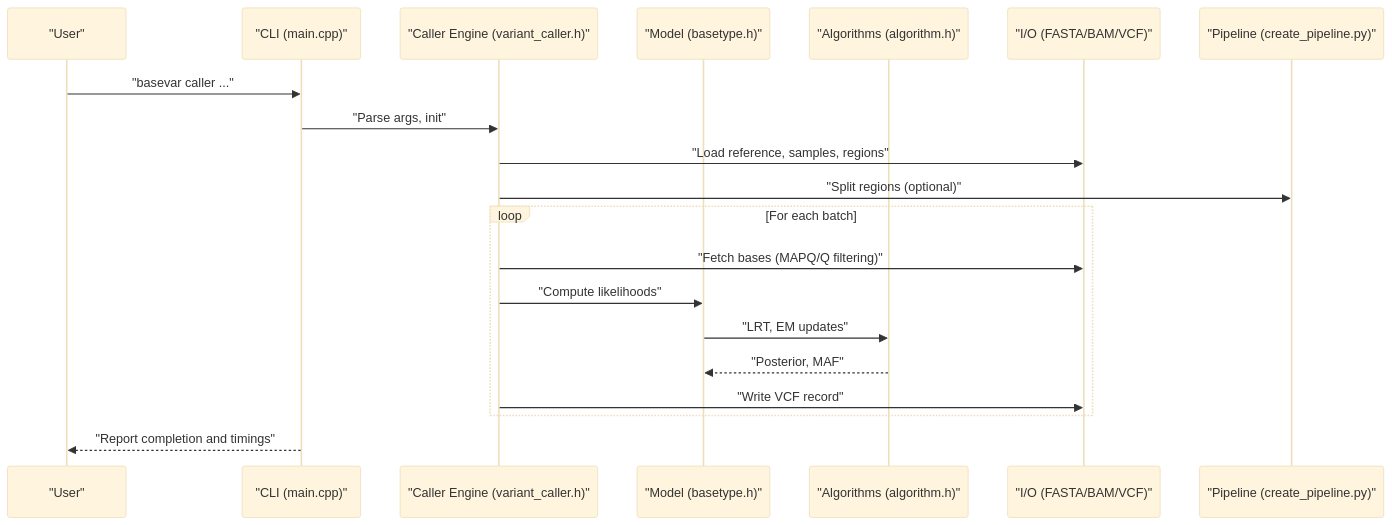
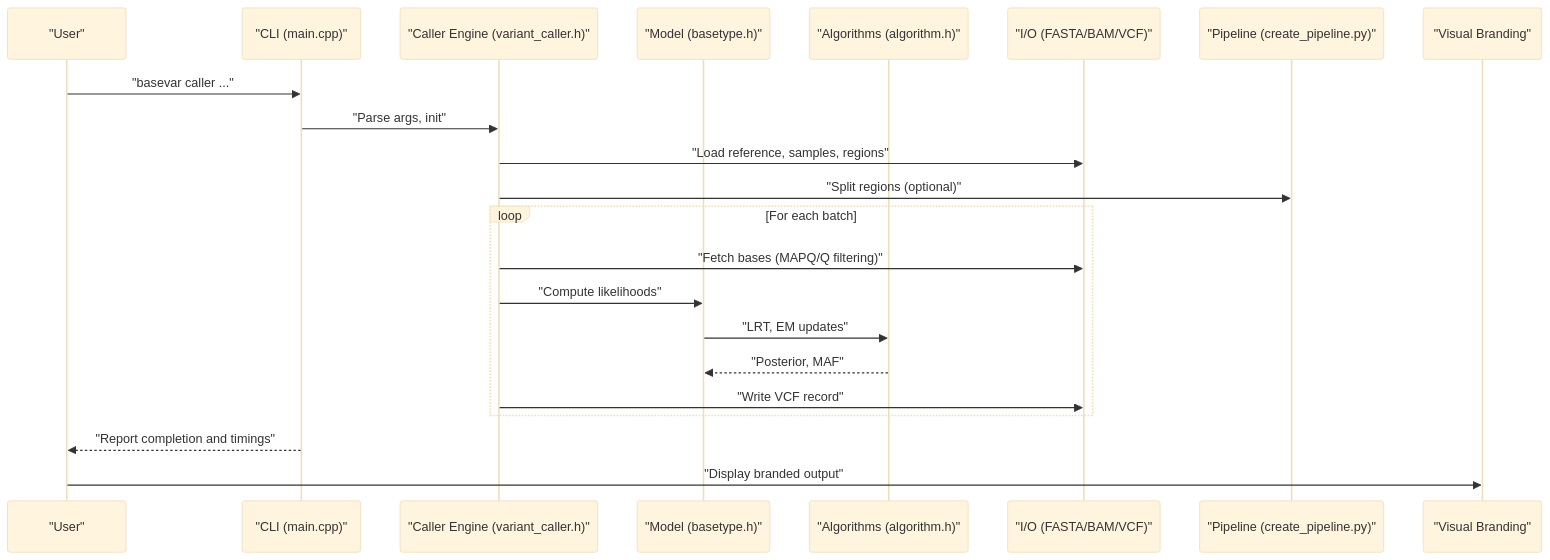
One commit to ShujiaHuang/BaseVar2 changed the second of 7 diagrams in .qoder/repowiki/en/content/Project Overview/Project Overview.md. Above: the diagram before and after it, drawn with Mermaid (base theme). The commit also changed other lines of this file and 2 other files, not shown here.

````diff
--- a/.qoder/repowiki/en/content/Project Overview/Project Overview.md
+++ b/.qoder/repowiki/en/content/Project Overview/Project Overview.md
@@ -138,22 +158,24 @@
 ```mermaid
 sequenceDiagram
 participant U as "User"
 participant CLI as "CLI (main.cpp)"
 participant ENG as "Caller Engine (variant_caller.h)"
 participant MOD as "Model (basetype.h)"
 participant ALG as "Algorithms (algorithm.h)"
 participant IO as "I/O (FASTA/BAM/VCF)"
 participant PIPE as "Pipeline (create_pipeline.py)"
+participant BRAND as "Visual Branding"
 U->>CLI : "basevar caller ..."
 CLI->>ENG : "Parse args, init"
 ENG->>IO : "Load reference, samples, regions"
 ENG->>PIPE : "Split regions (optional)"
 loop For each batch
 ENG->>IO : "Fetch bases (MAPQ/Q filtering)"
 ENG->>MOD : "Compute likelihoods"
 MOD->>ALG : "LRT, EM updates"
 ALG-->>MOD : "Posterior, MAF"
 ENG->>IO : "Write VCF record"
 end
 CLI-->>U : "Report completion and timings"
+U->>BRAND : "Display branded output"
 ```
````
